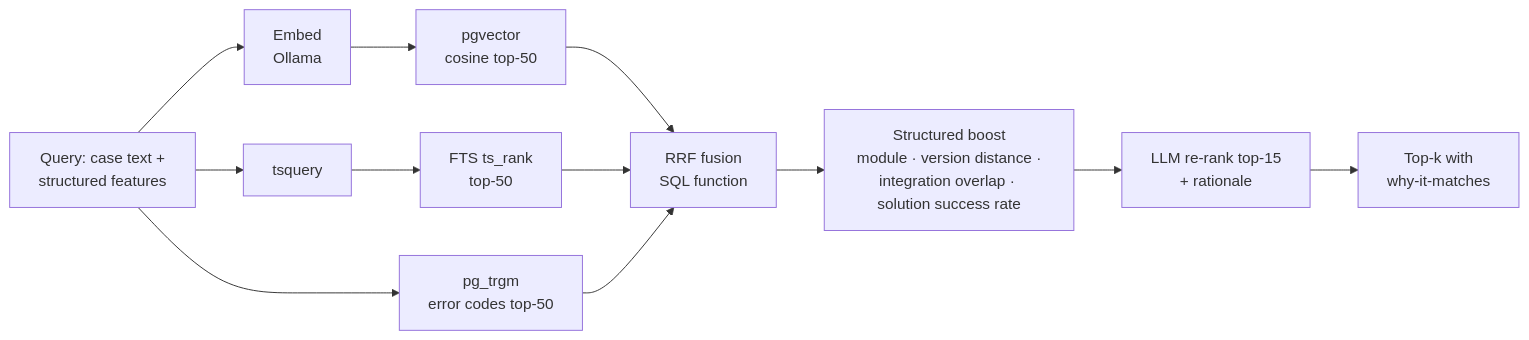
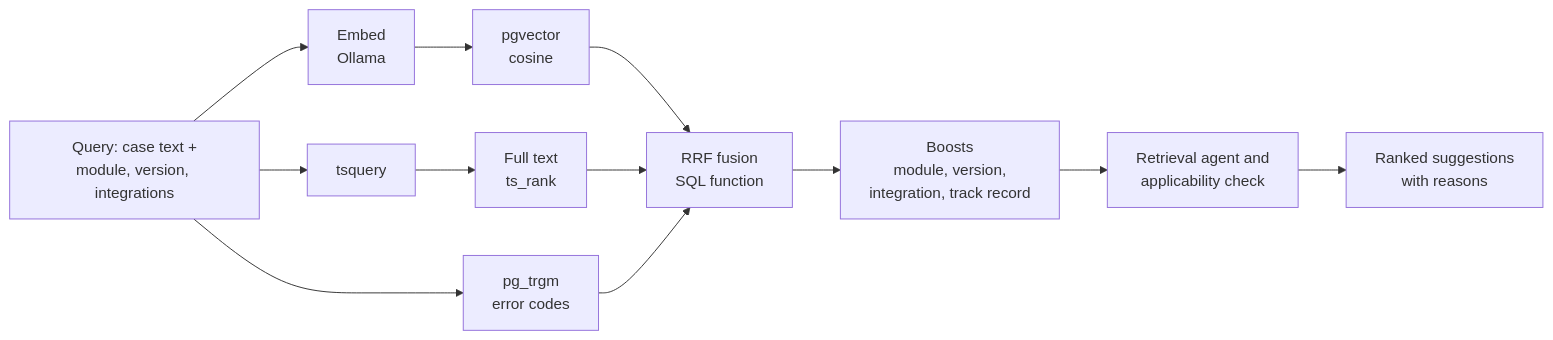
The sixth of 10 diagrams in docs/02-product-implementation.md (Maithiliii/viamedici-solution-platform), drawn with Mermaid before and after one commit. The commit also changed other lines of this file and 2 other files, not shown here.

````diff
--- a/docs/02-product-implementation.md
+++ b/docs/02-product-implementation.md
@@ -469,12 +475,12 @@
 ```mermaid
 flowchart LR
-    Q[Query: case text +<br/>structured features] --> E[Embed<br/>Ollama]
+    Q[Query: case text +<br/>module, version, integrations] --> E[Embed<br/>Ollama]
     Q --> T[tsquery]
-    E --> V[pgvector<br/>cosine top-50]
-    T --> F[FTS ts_rank<br/>top-50]
-    Q --> G[pg_trgm<br/>error codes top-50]
+    E --> V[pgvector<br/>cosine]
+    T --> F[Full text<br/>ts_rank]
+    Q --> G[pg_trgm<br/>error codes]
     V & F & G --> R[RRF fusion<br/>SQL function]
-    R --> B[Structured boost<br/>module · version distance ·<br/>integration overlap · solution success rate]
-    B --> L[LLM re-rank top-15<br/>+ rationale]
-    L --> O[Top-k with<br/>why-it-matches]
+    R --> B[Boosts<br/>module, version,<br/>integration, track record]
+    B --> L[Retrieval agent and<br/>applicability check]
+    L --> O[Ranked suggestions<br/>with reasons]
 ```
````
